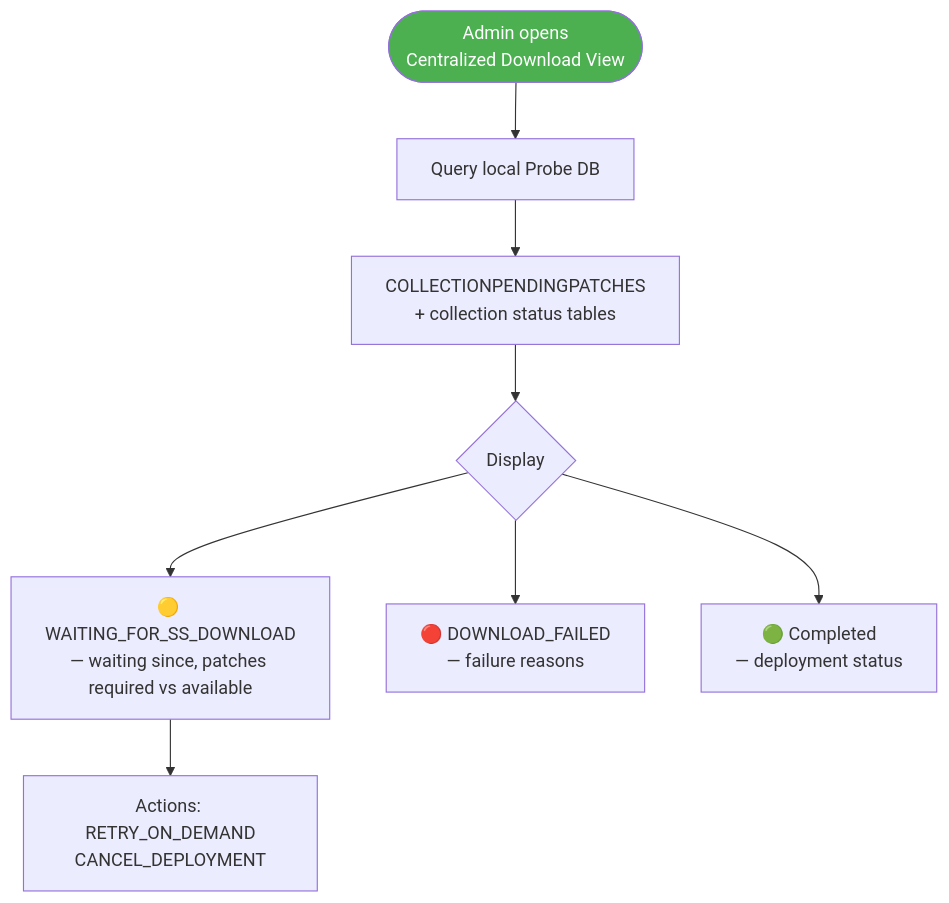
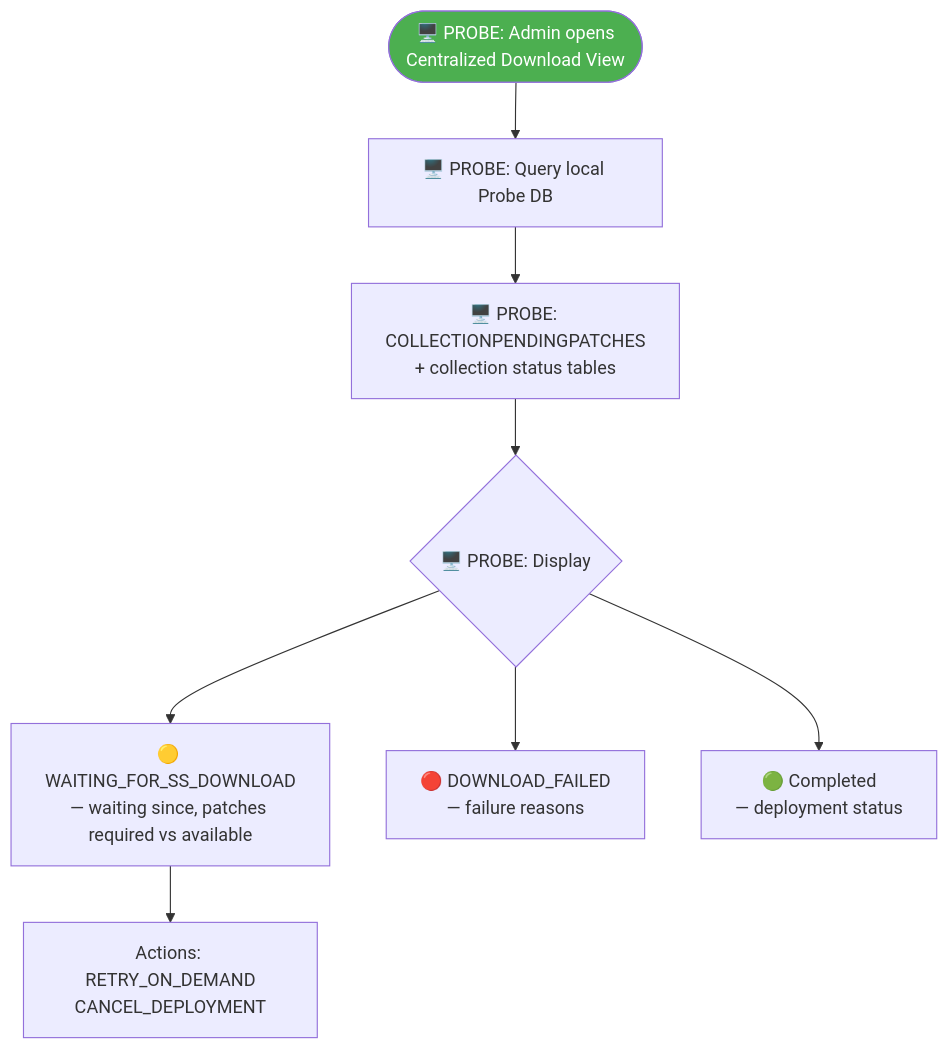
Before and after one commit to ranjithkumar-a-23525/RebaseEx: the tenth of 29 diagrams in use-case-diagrams.md, drawn with Mermaid. The commit also changed other lines of this file, not shown here.

````diff
--- a/use-case-diagrams.md
+++ b/use-case-diagrams.md
@@ -193,12 +193,12 @@
 ```mermaid
 flowchart TD
-    A([Admin opens<br/>Centralized Download View]) --> B[Query local Probe DB]
-    B --> C[COLLECTIONPENDINGPATCHES<br/>+ collection status tables]
-    C --> D{Display}
+    A(["🖥️ PROBE: Admin opens<br/>Centralized Download View"]) --> B["🖥️ PROBE: Query local Probe DB"]
+    B --> C["🖥️ PROBE: COLLECTIONPENDINGPATCHES<br/>+ collection status tables"]
+    C --> D{"🖥️ PROBE: Display"}
     D --> E["🟡 WAITING_FOR_SS_DOWNLOAD<br/>— waiting since, patches required vs available"]
     D --> F["🔴 DOWNLOAD_FAILED<br/>— failure reasons"]
     D --> G["🟢 Completed<br/>— deployment status"]
-    E --> H[Actions: RETRY_ON_DEMAND<br/>CANCEL_DEPLOYMENT]
+    E --> H["Actions: RETRY_ON_DEMAND<br/>CANCEL_DEPLOYMENT"]
 
     style A fill:#4CAF50,color:#fff
 ```
````
